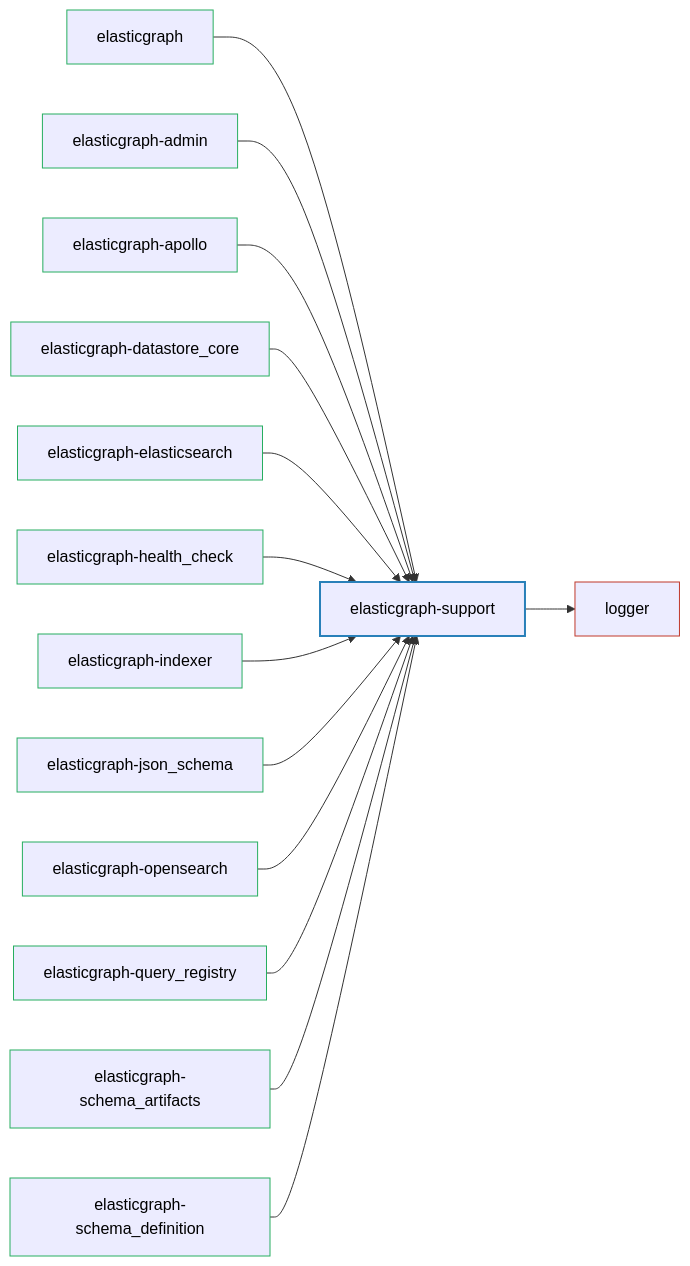
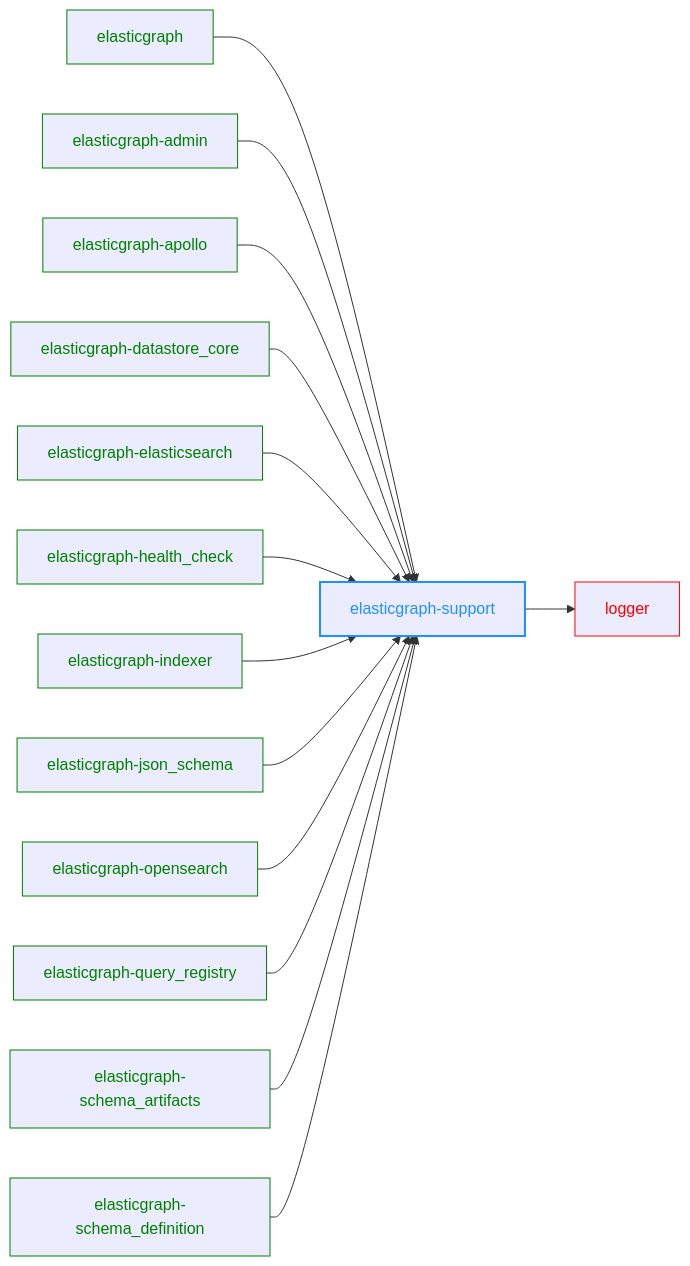
The diagram in elasticgraph-support/README.md (block/elasticgraph), drawn with Mermaid before and after one commit. The commit also changed 23 other files, not shown here.

````diff
--- a/elasticgraph-support/README.md
+++ b/elasticgraph-support/README.md
@@ -11,44 +11,45 @@
 ```mermaid
 graph LR;
     elasticgraph-support["elasticgraph-support"];
     logger["logger"];
     elasticgraph-support --> logger;
     elasticgraph["elasticgraph"];
     elasticgraph --> elasticgraph-support;
     elasticgraph-admin["elasticgraph-admin"];
     elasticgraph-admin --> elasticgraph-support;
     elasticgraph-apollo["elasticgraph-apollo"];
     elasticgraph-apollo --> elasticgraph-support;
     elasticgraph-datastore_core["elasticgraph-datastore_core"];
     elasticgraph-datastore_core --> elasticgraph-support;
     elasticgraph-elasticsearch["elasticgraph-elasticsearch"];
     elasticgraph-elasticsearch --> elasticgraph-support;
     elasticgraph-health_check["elasticgraph-health_check"];
     elasticgraph-health_check --> elasticgraph-support;
     elasticgraph-indexer["elasticgraph-indexer"];
     elasticgraph-indexer --> elasticgraph-support;
     elasticgraph-json_schema["elasticgraph-json_schema"];
     elasticgraph-json_schema --> elasticgraph-support;
     elasticgraph-opensearch["elasticgraph-opensearch"];
     elasticgraph-opensearch --> elasticgraph-support;
     elasticgraph-query_registry["elasticgraph-query_registry"];
     elasticgraph-query_registry --> elasticgraph-support;
     elasticgraph-schema_artifacts["elasticgraph-schema_artifacts"];
     elasticgraph-schema_artifacts --> elasticgraph-support;
     elasticgraph-schema_definition["elasticgraph-schema_definition"];
     elasticgraph-schema_definition --> elasticgraph-support;
-    style elasticgraph-support fill:#lightblue,stroke:#2980b9,stroke-width:2px,color:#000;
-    style logger fill:#lightcoral,stroke:#c0392b,stroke-width:1px,color:#000;
-    style elasticgraph fill:#lightgreen,stroke:#27ae60,stroke-width:1px,color:#000;
-    style elasticgraph-admin fill:#lightgreen,stroke:#27ae60,stroke-width:1px,color:#000;
-    style elasticgraph-apollo fill:#lightgreen,stroke:#27ae60,stroke-width:1px,color:#000;
-    style elasticgraph-datastore_core fill:#lightgreen,stroke:#27ae60,stroke-width:1px,color:#000;
-    style elasticgraph-elasticsearch fill:#lightgreen,stroke:#27ae60,stroke-width:1px,color:#000;
-    style elasticgraph-health_check fill:#lightgreen,stroke:#27ae60,stroke-width:1px,color:#000;
-    style elasticgraph-indexer fill:#lightgreen,stroke:#27ae60,stroke-width:1px,color:#000;
-    style elasticgraph-json_schema fill:#lightgreen,stroke:#27ae60,stroke-width:1px,color:#000;
-    style elasticgraph-opensearch fill:#lightgreen,stroke:#27ae60,stroke-width:1px,color:#000;
-    style elasticgraph-query_registry fill:#lightgreen,stroke:#27ae60,stroke-width:1px,color:#000;
-    style elasticgraph-schema_artifacts fill:#lightgreen,stroke:#27ae60,stroke-width:1px,color:#000;
-    style elasticgraph-schema_definition fill:#lightgreen,stroke:#27ae60,stroke-width:1px,color:#000;
+    style elasticgraph-support color:DodgerBlue,stroke-width:2px,stroke:DodgerBlue;
+    style logger color:Red,stroke:Red;
+    style elasticgraph color:Green,stroke:Green;
+    style elasticgraph-admin color:Green,stroke:Green;
+    style elasticgraph-apollo color:Green,stroke:Green;
+    style elasticgraph-datastore_core color:Green,stroke:Green;
+    style elasticgraph-elasticsearch color:Green,stroke:Green;
+    style elasticgraph-health_check color:Green,stroke:Green;
+    style elasticgraph-indexer color:Green,stroke:Green;
+    style elasticgraph-json_schema color:Green,stroke:Green;
+    style elasticgraph-opensearch color:Green,stroke:Green;
+    style elasticgraph-query_registry color:Green,stroke:Green;
+    style elasticgraph-schema_artifacts color:Green,stroke:Green;
+    style elasticgraph-schema_definition color:Green,stroke:Green;
+    click logger href "https://rubygems.org/gems/logger" "Open on RubyGems.org" _blank;
 ```
````
